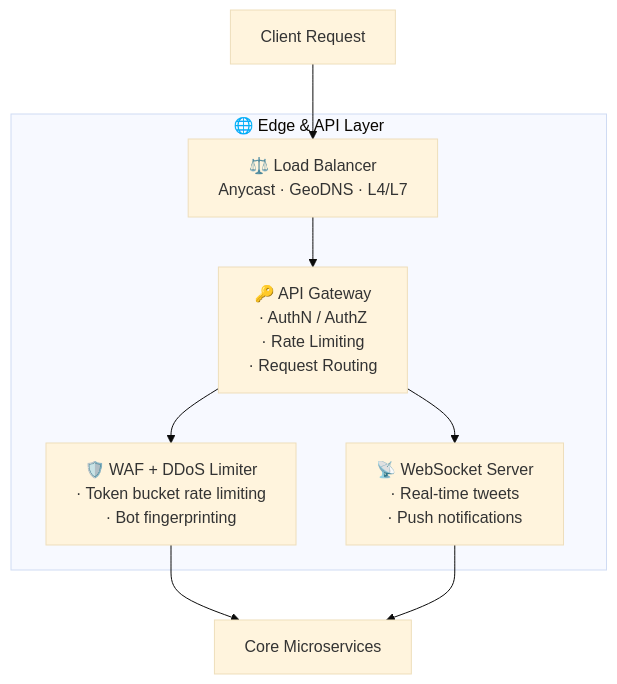
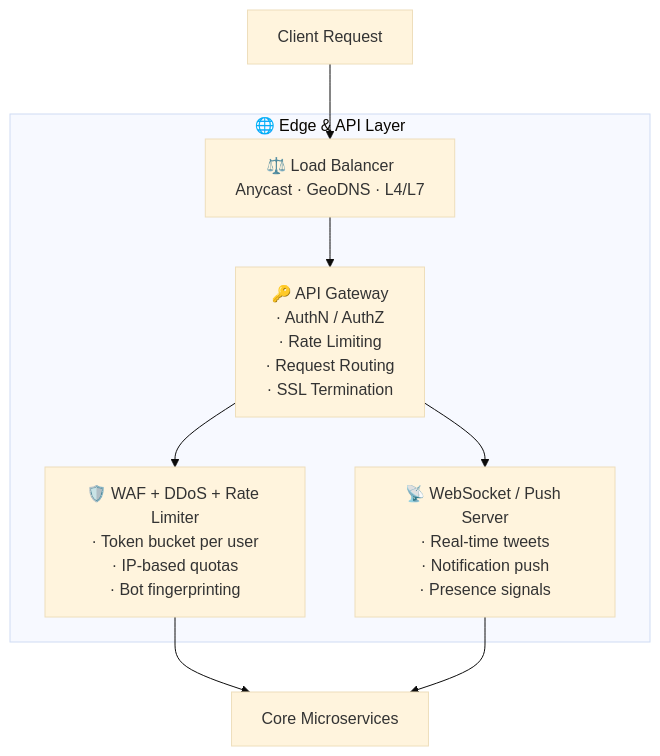
Before and after one commit to CyberVerve07/Systems_Designs_learning: the third of 16 diagrams in theory/twitter_x_system_design/README.md, drawn with Mermaid (base theme). The commit also changed other lines of this file and 7 other files, not shown here.

Commit message:
feat: add comprehensive system design documentation and architecture diagrams for Twitter/X

````diff
--- a/theory/twitter_x_system_design/README.md
+++ b/theory/twitter_x_system_design/README.md
@@ -89,14 +189,14 @@
 ```mermaid
 graph TD
     CLIENT[Client Request] --> LB
 
     subgraph EDGE_DETAIL["🌐 Edge & API Layer"]
         LB[⚖️ Load Balancer<br/>Anycast · GeoDNS · L4/L7]
-        LB --> APIGW[🔑 API Gateway<br/>· AuthN / AuthZ<br/>· Rate Limiting<br/>· Request Routing]
-        APIGW --> WS[📡 WebSocket Server<br/>· Real-time tweets<br/>· Push notifications]
-        APIGW --> WAF[🛡️ WAF + DDoS Limiter<br/>· Token bucket rate limiting<br/>· Bot fingerprinting]
+        LB --> APIGW[🔑 API Gateway<br/>· AuthN / AuthZ<br/>· Rate Limiting<br/>· Request Routing<br/>· SSL Termination]
+        APIGW --> WS[📡 WebSocket / Push Server<br/>· Real-time tweets<br/>· Notification push<br/>· Presence signals]
+        APIGW --> WAF[🛡️ WAF + DDoS + Rate Limiter<br/>· Token bucket per user<br/>· IP-based quotas<br/>· Bot fingerprinting]
     end
 
     WAF --> MICRO[Core Microservices]
     WS --> MICRO
 ```
````
